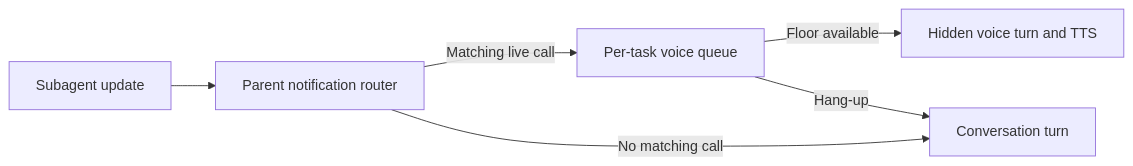
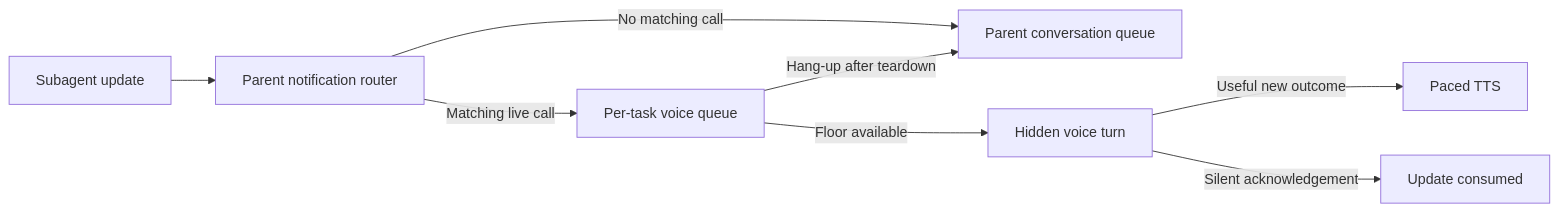
The third of 7 diagrams in ARCHITECTURE.md (vellum-ai/vellum-assistant), drawn with Mermaid before and after one commit. The commit also changed 14 other files, not shown here.

````diff
--- a/ARCHITECTURE.md
+++ b/ARCHITECTURE.md
@@ -779,8 +779,10 @@
 ```mermaid
 flowchart LR
     Worker[Subagent update] --> Router[Parent notification router]
     Router -->|Matching live call| Queue[Per-task voice queue]
-    Router -->|No matching call| Parent[Conversation turn]
-    Queue -->|Floor available| Voice[Hidden voice turn and TTS]
-    Queue -->|Hang-up| Parent
+    Router -->|No matching call| Parent[Parent conversation queue]
+    Queue -->|Floor available| Voice[Hidden voice turn]
+    Voice -->|Useful new outcome| Speech[Paced TTS]
+    Voice -->|Silent acknowledgement| Done[Update consumed]
+    Queue -->|Hang-up after teardown| Parent
 ```
````
